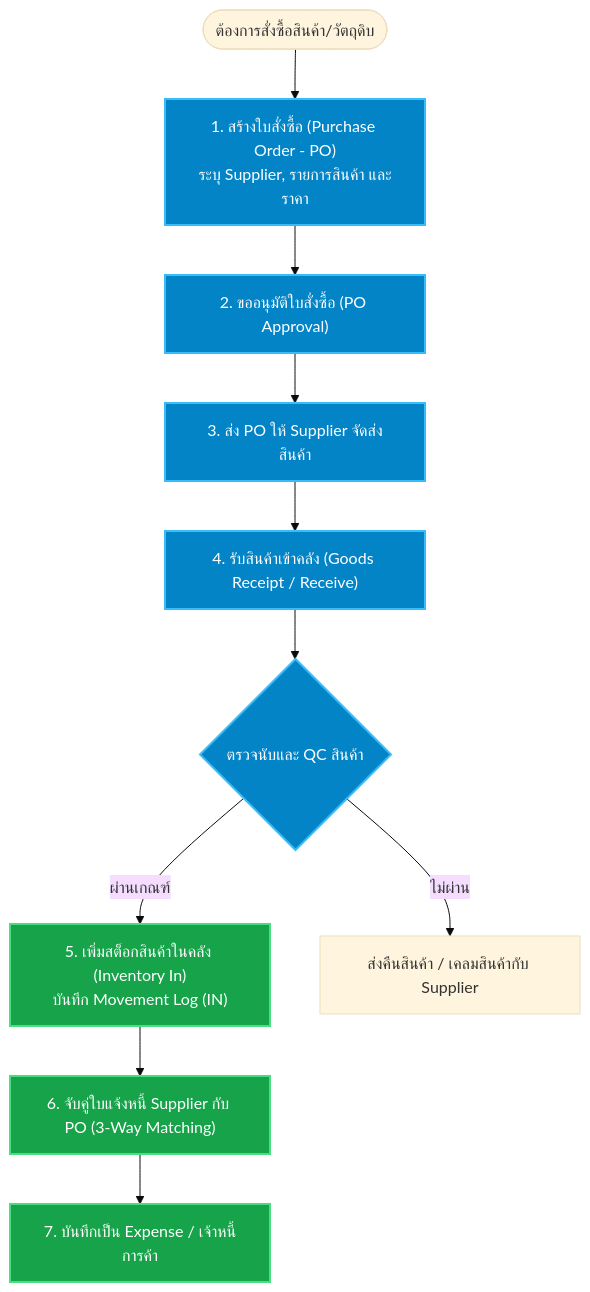
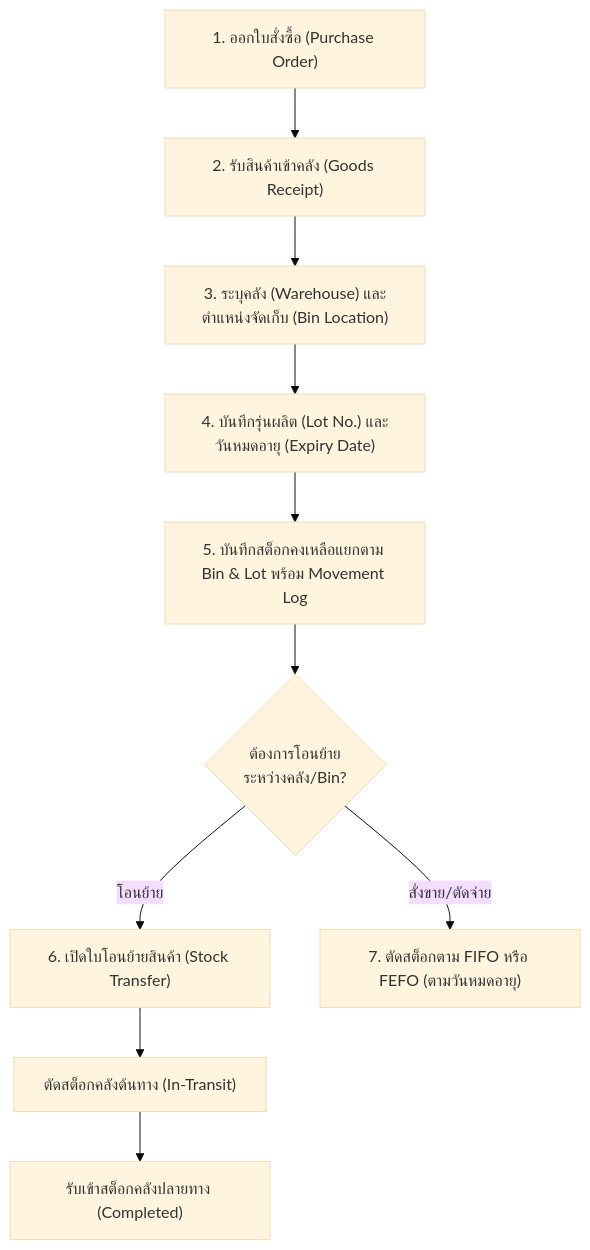
Before and after one commit to anuwatm/ERP: diagram 20 of 22 in document/GROUPS_WORKFLOW.md, drawn with Mermaid (base theme). The commit also changed other lines of this file and 9 other files, not shown here.

````diff
--- a/document/GROUPS_WORKFLOW.md
+++ b/document/GROUPS_WORKFLOW.md
@@ -544,20 +626,13 @@
 ```mermaid
 flowchart TD
-    Start(["ต้องการสั่งซื้อสินค้า/วัตถุดิบ"]) --> CreatePO["1. สร้างใบสั่งซื้อ (Purchase Order - PO)<br>ระบุ Supplier, รายการสินค้า และราคา"]
-    CreatePO --> ApprovePO["2. ขออนุมัติใบสั่งซื้อ (PO Approval)"]
-    ApprovePO --> SendSupplier["3. ส่ง PO ให้ Supplier จัดส่งสินค้า"]
+    PO["1. ออกใบสั่งซื้อ (Purchase Order)"] --> GRN["2. รับสินค้าเข้าคลัง (Goods Receipt)"]
+    GRN --> SelectBin["3. ระบุคลัง (Warehouse) และตำแหน่งจัดเก็บ (Bin Location)"]
+    SelectBin --> GenLot["4. บันทึกรุ่นผลิต (Lot No.) และวันหมดอายุ (Expiry Date)"]
+    GenLot --> StockIn["5. บันทึกสต็อกคงเหลือแยกตาม Bin & Lot พร้อม Movement Log"]
     
-    SendSupplier --> GoodsReceipt["4. รับสินค้าเข้าคลัง (Goods Receipt / Receive)"]
-    GoodsReceipt --> CheckQC{"ตรวจนับและ QC สินค้า"}
-    
-    CheckQC -- ผ่านเกณฑ์ --> UpdateStock["5. เพิ่มสต็อกสินค้าในคลัง (Inventory In)<br>บันทึก Movement Log (IN)"]
-    CheckQC -- ไม่ผ่าน --> ReturnGoods["ส่งคืนสินค้า / เคลมสินค้ากับ Supplier"]
-    
-    UpdateStock --> MatchInvoice["6. จับคู่ใบแจ้งหนี้ Supplier กับ PO (3-Way Matching)"]
-    MatchInvoice --> RecordExpense["7. บันทึกเป็น Expense / เจ้าหนี้การค้า"]
-
-    classDef blue fill:#0284c7,stroke:#38bdf8,stroke-width:2px,color:#fff;
-    classDef green fill:#16a34a,stroke:#4ade80,stroke-width:2px,color:#fff;
-    class CreatePO,ApprovePO,SendSupplier,GoodsReceipt,CheckQC blue;
-    class UpdateStock,MatchInvoice,RecordExpense green;
+    StockIn --> MoveStock{"ต้องการโอนย้าย<br>ระหว่างคลัง/Bin?"}
+    MoveStock -- โอนย้าย --> Transfer["6. เปิดใบโอนย้ายสินค้า (Stock Transfer)"]
+    Transfer --> MoveOut["ตัดสต็อกคลังต้นทาง (In-Transit)"]
+    MoveOut --> MoveIn["รับเข้าสต็อกคลังปลายทาง (Completed)"]
+    MoveStock -- สั่งขาย/ตัดจ่าย --> StockOut["7. ตัดสต็อกตาม FIFO หรือ FEFO (ตามวันหมดอายุ)"]
 ```
````
